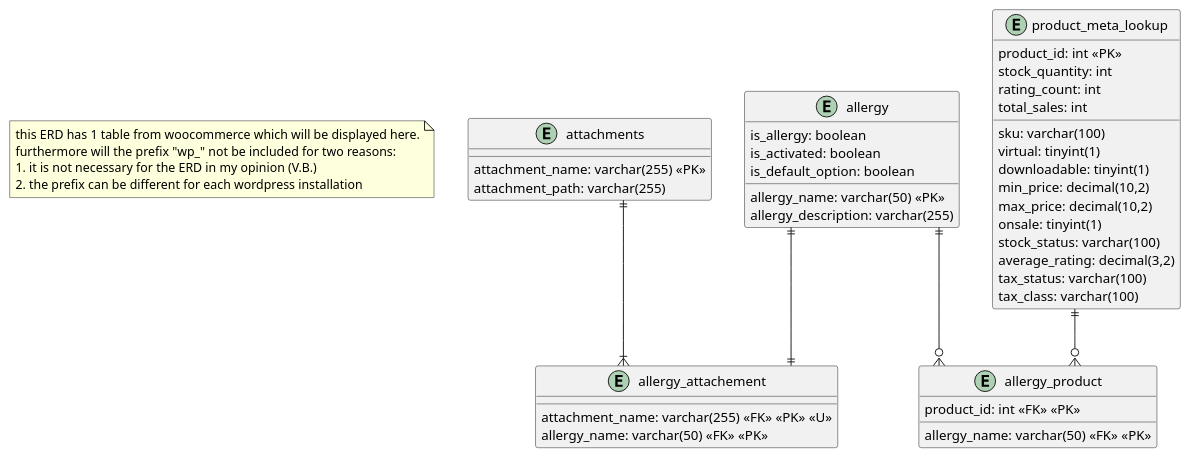
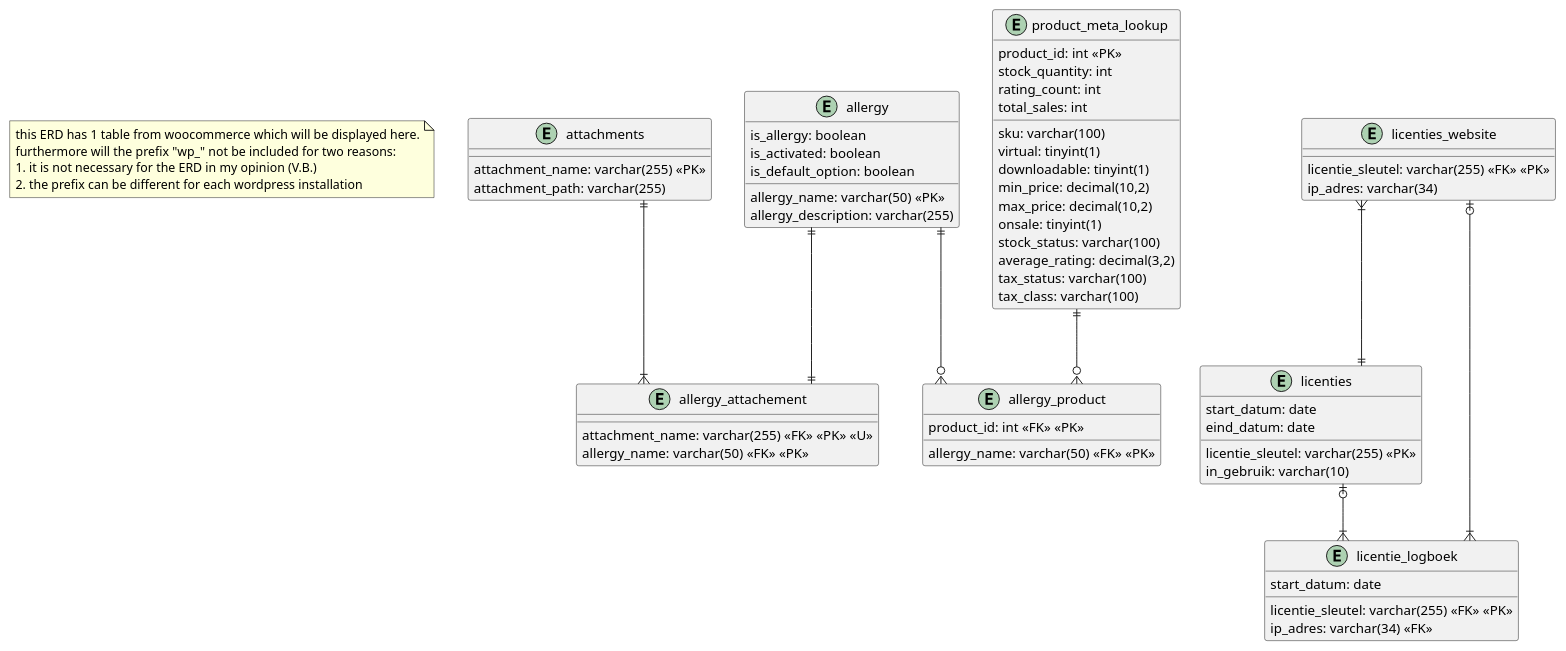
Before and after one commit to VerdiB/wp_allergenen_pro: the diagram in UML/ERD.puml, drawn with PlantUML. The commit also changed 1 other file, not shown here.

Commit message:
Eerste commit examen-jasper branch, plantUML bestanden geupdatet naar aanleiding van examen
In deze commit zitten er wijzigingen in aan de ERD.puml en ClassDiagram.puml. In het ERD heb ik 3 tabellen toegevoegd: licenties, licenties_website en licentie_logboek. Met alle juiste verbindingen. Dit betreft het opslaan en beheren van de licenties. En in het klassendiagram heb ik de License Handler toegevoegd met bijbehorende methodes.

```diff
--- a/UML/ERD.puml
+++ b/UML/ERD.puml
@@ -2,55 +1,79 @@
 @startuml db-design
 skinparam Linetype ortho
 note as N1
 this ERD has 1 table from woocommerce which will be displayed here.
 furthermore will the prefix "wp_" not be included for two reasons:
 1. it is not necessary for the ERD in my opinion (V.B.)
 2. the prefix can be different for each wordpress installation
 end note
 
 entity "allergy"{
    allergy_name: varchar(50) <<PK>>
    allergy_description: varchar(255)
    is_allergy: boolean   
    is_activated: boolean
    is_default_option: boolean
 }
 
 entity "attachments"{
     attachment_name: varchar(255) <<PK>>
     attachment_path: varchar(255)
 }
 
 entity "allergy_attachement"{
     attachment_name: varchar(255) <<FK>> <<PK>> <<U>>
     allergy_name: varchar(50) <<FK>> <<PK>>
 } 
 
 entity "allergy_product"{
    product_id: int <<FK>> <<PK>>
    allergy_name: varchar(50) <<FK>> <<PK>>
 }
 
 entity "product_meta_lookup"{
     product_id: int <<PK>>
     sku: varchar(100)
     virtual: tinyint(1)
     downloadable: tinyint(1)
     min_price: decimal(10,2)
     max_price: decimal(10,2)
     onsale: tinyint(1)
     stock_quantity: int
     stock_status: varchar(100)
     rating_count: int
     average_rating: decimal(3,2)
     total_sales: int
     tax_status: varchar(100)
     tax_class: varchar(100)
 }
 
+entity "licenties"{
+    licentie_sleutel: varchar(255) <<PK>>
+    start_datum: date
+    eind_datum: date
+    in_gebruik: varchar(10)
+}
+
+entity "licenties_website"{
+    licentie_sleutel: varchar(255) <<FK>> <<PK>>
+    ip_adres: varchar(34)
+}
+
+entity "licentie_logboek" {
+    licentie_sleutel: varchar(255) <<FK>> <<PK>>
+    ip_adres: varchar(34) <<FK>>
+    start_datum: date
+}
+
+licenties_website }|--|| licenties
+licenties |o--|{ licentie_logboek
+licenties_website |o--|{ licentie_logboek
+
+
+
 allergy ||--o{ allergy_product
 allergy ||--|| allergy_attachement
 attachments ||--|{ allergy_attachement
 product_meta_lookup ||--o{ allergy_product
 
 @enduml
```
